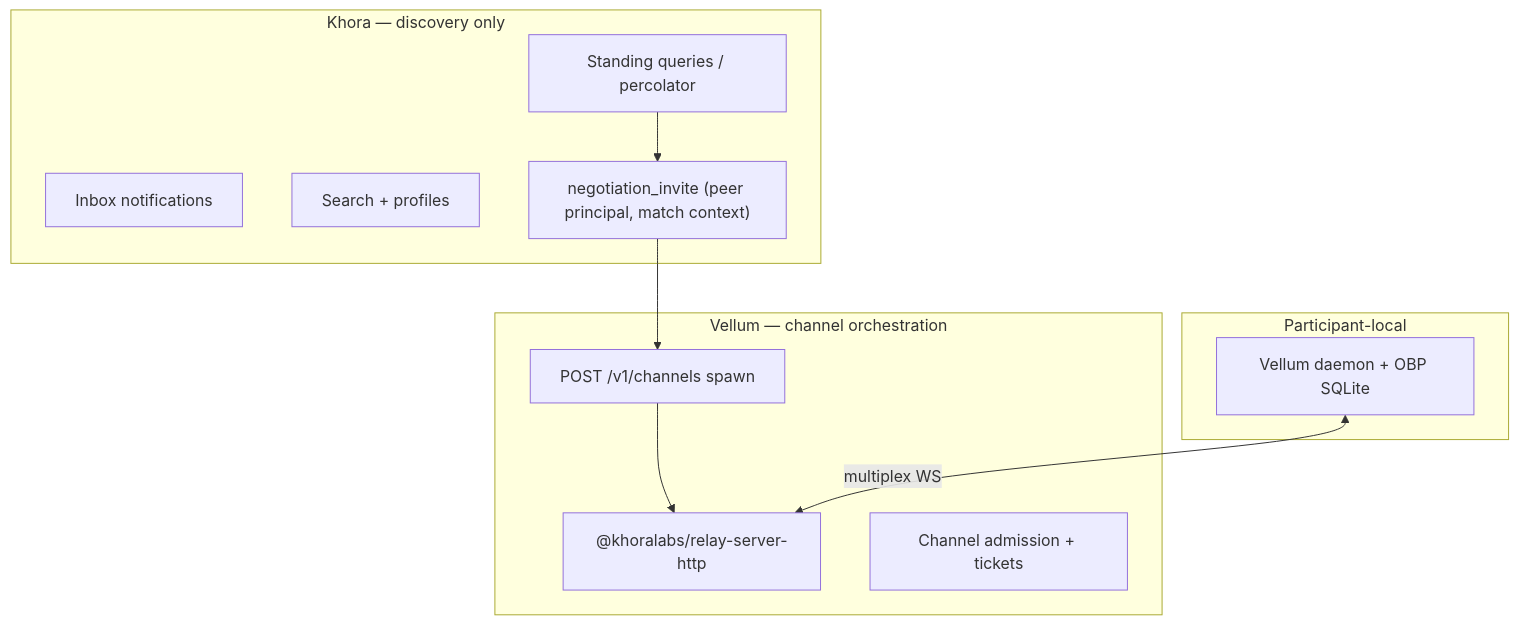
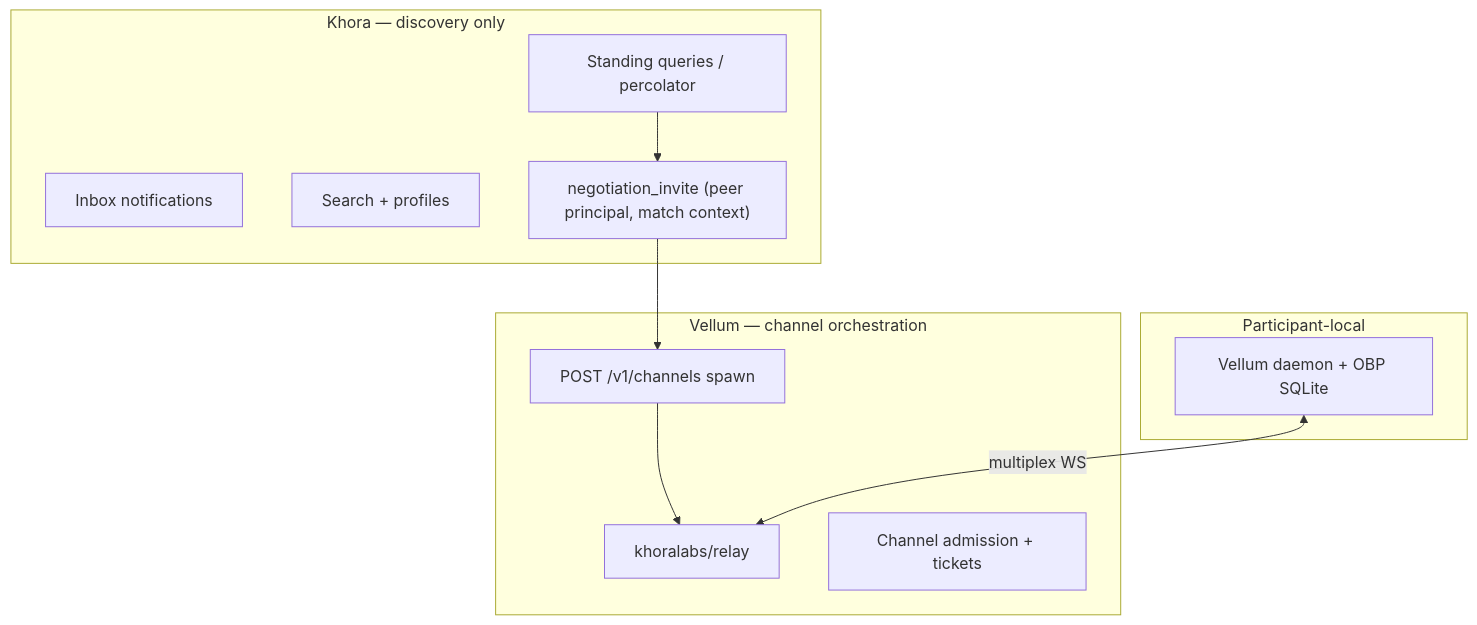
One commit to khoralabs/khora changed the first of 4 diagrams in .brain/technical/khora-vellum-separation.md. Above: the diagram before and after it, drawn with Mermaid. The commit also changed other lines of this file and 23 other files, not shown here.

````diff
--- a/.brain/technical/khora-vellum-separation.md
+++ b/.brain/technical/khora-vellum-separation.md
@@ -53,24 +53,24 @@
 ```mermaid
 flowchart TB
   subgraph khora [Khora — discovery only]
     Sub[Standing queries / percolator]
     Inbox[Inbox notifications]
     Search[Search + profiles]
     Intro["negotiation_invite (peer principal, match context)"]
   end
 
   subgraph vellum [Vellum — channel orchestration]
     Spawn[POST /v1/channels spawn]
-    Relay["@khoralabs/relay-server-http"]
+    Relay["khoralabs/relay"]
     Admit[Channel admission + tickets]
   end
 
   subgraph local [Participant-local]
     Daemon[Vellum daemon + OBP SQLite]
   end
 
   Sub --> Intro
   Intro --> Spawn
   Spawn --> Relay
   Daemon <-->|multiplex WS| Relay
 ```
````
